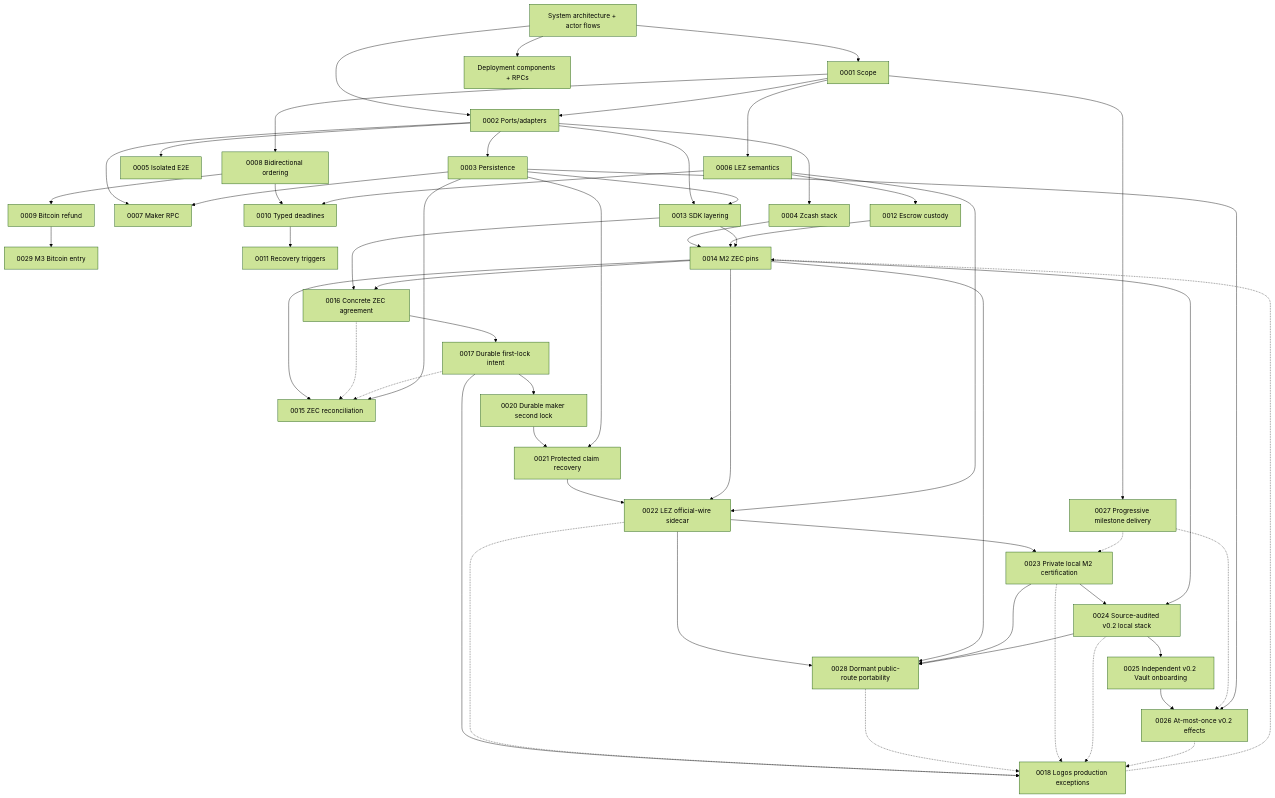
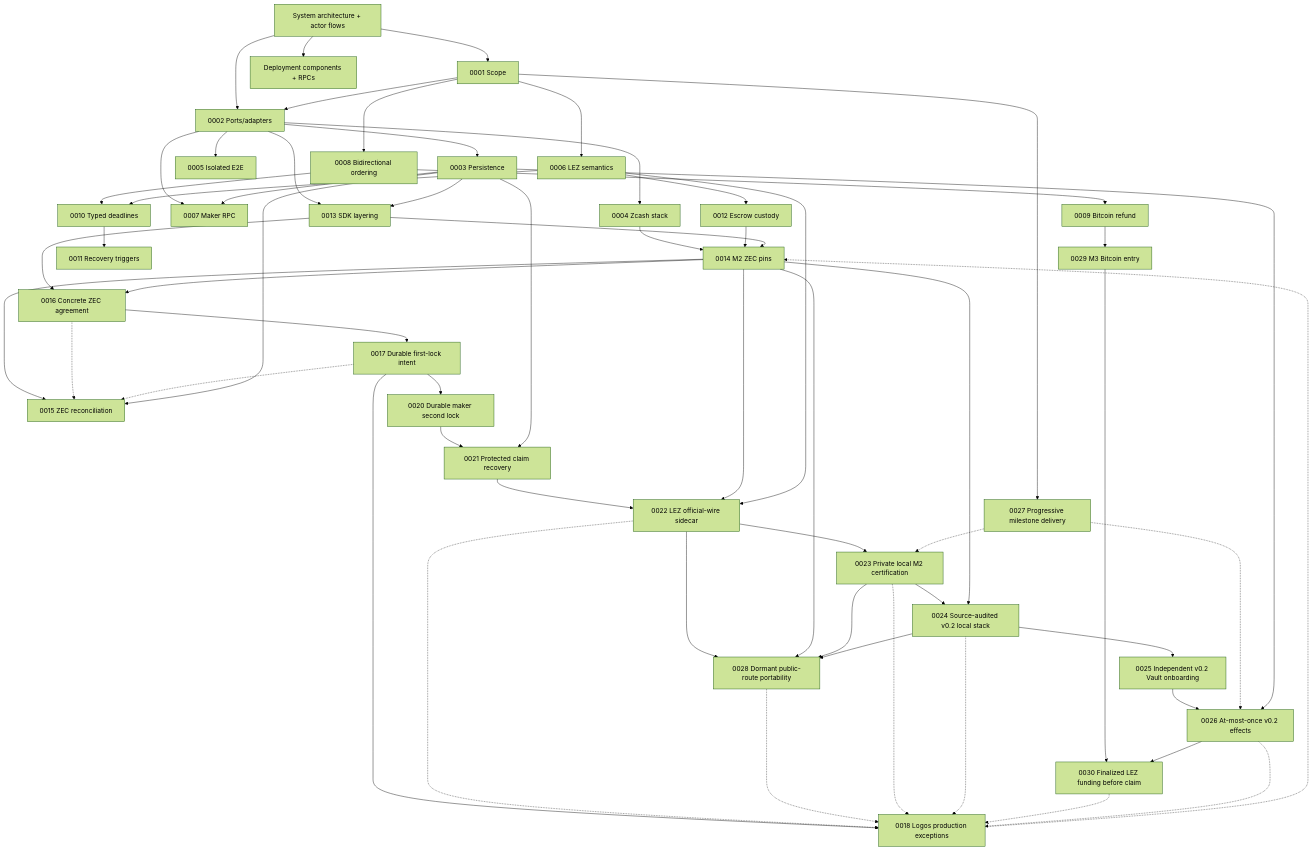
Before and after one commit to gateway-fm/lez-atomic-swaps: the diagram in docs/architecture/README.md, drawn with Mermaid (forest theme). The commit also changed other lines of this file and 21 other files, not shown here.

Commit message:
feat: prove finalized LEZ funding before claim

````diff
--- a/docs/architecture/README.md
+++ b/docs/architecture/README.md
@@ -27,58 +27,61 @@
 ```mermaid
 flowchart TB
     System["System architecture + actor flows"] --> Scope["0001 Scope"]
     System --> Deployment["Deployment components + RPCs"]
     System --> Ports["0002 Ports/adapters"]
     Scope --> Ports
     Ports --> Persistence["0003 Persistence"]
     Ports --> Zcash["0004 Zcash stack"]
     Ports --> Docker["0005 Isolated E2E"]
     Scope --> LEZ["0006 LEZ semantics"]
     Ports --> RPC["0007 Maker RPC"]
     Scope --> Direction["0008 Bidirectional ordering"]
     Direction --> Bitcoin["0009 Bitcoin refund"]
     Bitcoin --> BitcoinEntry["0029 M3 Bitcoin entry"]
+    BitcoinEntry --> FinalizedFunding["0030 Finalized LEZ funding before claim"]
     Direction --> Deadlines["0010 Typed deadlines"]
     LEZ --> Deadlines
     Deadlines --> Recovery["0011 Recovery triggers"]
     LEZ --> Custody["0012 Escrow custody"]
     Ports --> SDK["0013 SDK layering"]
     Zcash --> ZecPins["0014 M2 ZEC pins"]
     Custody --> ZecPins
     SDK --> ZecPins
     ZecPins --> ZecReconcile["0015 ZEC reconciliation"]
     SDK --> Agreement["0016 Concrete ZEC agreement"]
     Agreement --> FirstLock["0017 Durable first-lock intent"]
     FirstLock --> MakerLock["0020 Durable maker second lock"]
     MakerLock --> ClaimRecovery["0021 Protected claim recovery"]
     ClaimRecovery --> LezSidecar["0022 LEZ official-wire sidecar"]
     LezSidecar --> LocalM2["0023 Private local M2 certification"]
     LezSidecar --> PublicRoutes["0028 Dormant public-route portability"]
     ZecPins --> PublicRoutes
     LocalM2 --> PublicRoutes
     LocalM2 --> LocalStack["0024 Source-audited v0.2 local stack"]
     ZecPins --> LocalStack
     LocalStack --> PublicRoutes
     LocalStack --> VaultActors["0025 Independent v0.2 Vault onboarding"]
     VaultActors --> V02Effects["0026 At-most-once v0.2 effects"]
     Scope --> Progressive["0027 Progressive milestone delivery"]
     Progressive -.-> LocalM2
     Progressive -.-> V02Effects
     ZecPins --> LezSidecar
     LEZ --> LezSidecar
     ZecPins --> Agreement
     Agreement -.-> ZecReconcile
     FirstLock -.-> ZecReconcile
     FirstLock --> Upstream["0018 Logos production exceptions"]
     Upstream -.-> ZecPins
     Persistence --> ZecReconcile
     Persistence --> SDK
     Persistence --> RPC
     Persistence --> ClaimRecovery
     Persistence --> V02Effects
     LezSidecar -.-> Upstream
     PublicRoutes -.-> Upstream
     LocalM2 -.-> Upstream
     LocalStack -.-> Upstream
+    V02Effects --> FinalizedFunding
+    FinalizedFunding -.-> Upstream
     V02Effects -.-> Upstream
 ```
````
